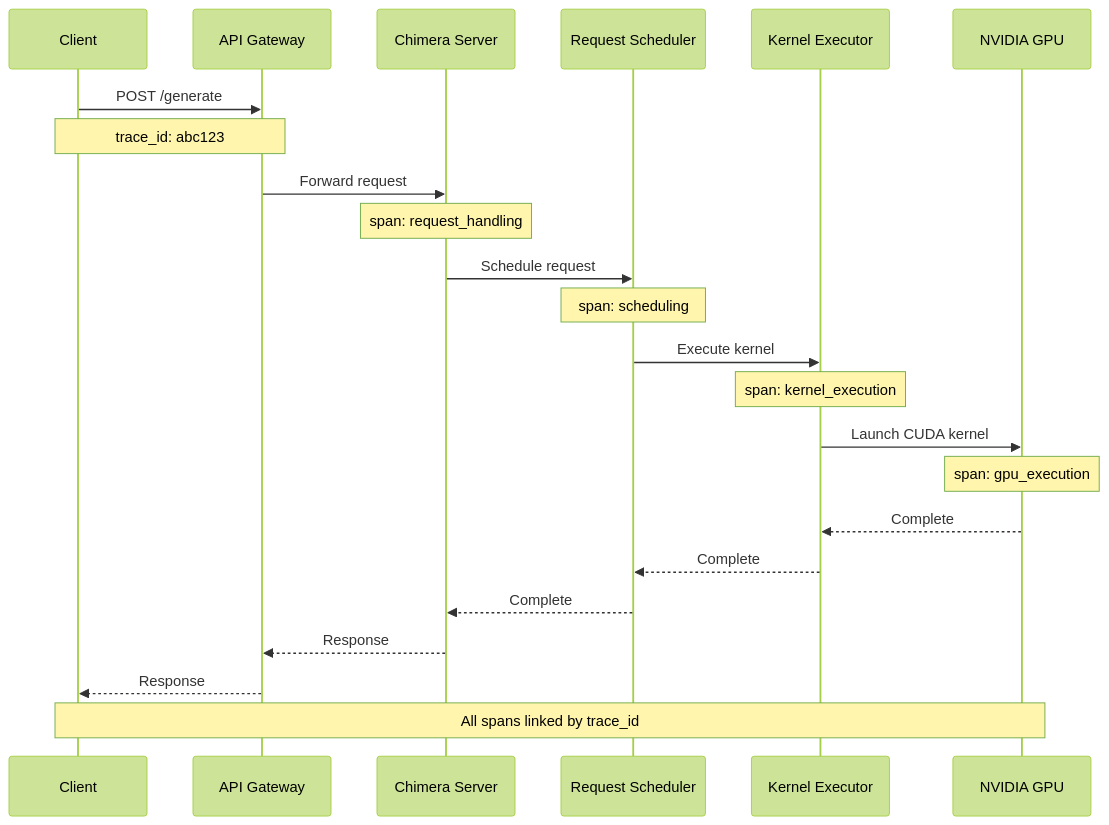
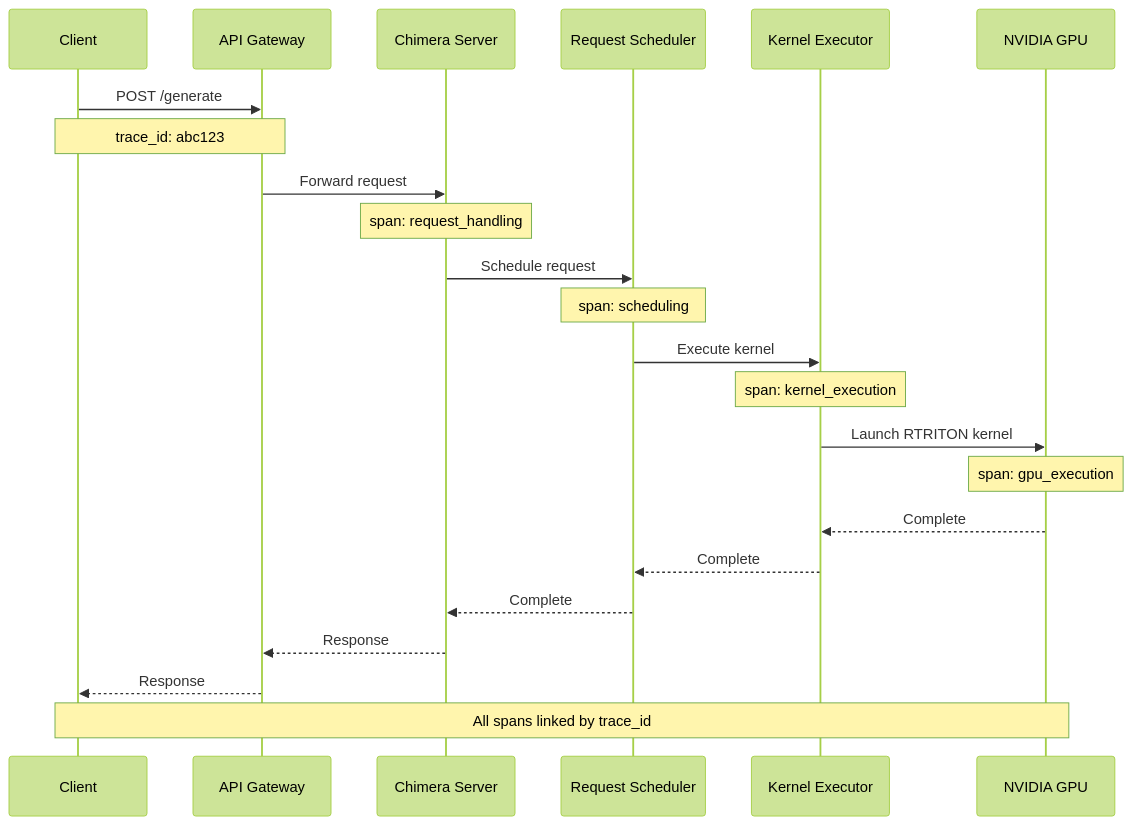
The third of 3 diagrams in docs/references/monitoring.md (Ammar-Alnagar/Chimera), drawn with Mermaid (forest theme) before and after one commit. The commit also changed other lines of this file and 822 other files, not shown here.

Commit message:
refactor: unify infrastructure by removing legacy CUDA graph and IPC utilities and standardizing kernel interfaces.

````diff
--- a/docs/references/monitoring.md
+++ b/docs/references/monitoring.md
@@ -416,32 +416,32 @@
 ```mermaid
 sequenceDiagram
     participant Client
     participant API as API Gateway
     participant Server as Chimera Server
     participant Scheduler as Request Scheduler
     participant Kernel as Kernel Executor
     participant GPU as NVIDIA GPU
 
     Client->>API: POST /generate
     Note over API,Client: trace_id: abc123
     
     API->>Server: Forward request
     Note over Server: span: request_handling
     
     Server->>Scheduler: Schedule request
     Note over Scheduler: span: scheduling
     
     Scheduler->>Kernel: Execute kernel
     Note over Kernel: span: kernel_execution
     
-    Kernel->>GPU: Launch CUDA kernel
+    Kernel->>GPU: Launch RTRITON kernel
     Note over GPU: span: gpu_execution
     
     GPU-->>Kernel: Complete
     Kernel-->>Scheduler: Complete
     Scheduler-->>Server: Complete
     Server-->>API: Response
     API-->>Client: Response
     
     Note over Client,GPU: All spans linked by trace_id
 ```
````
